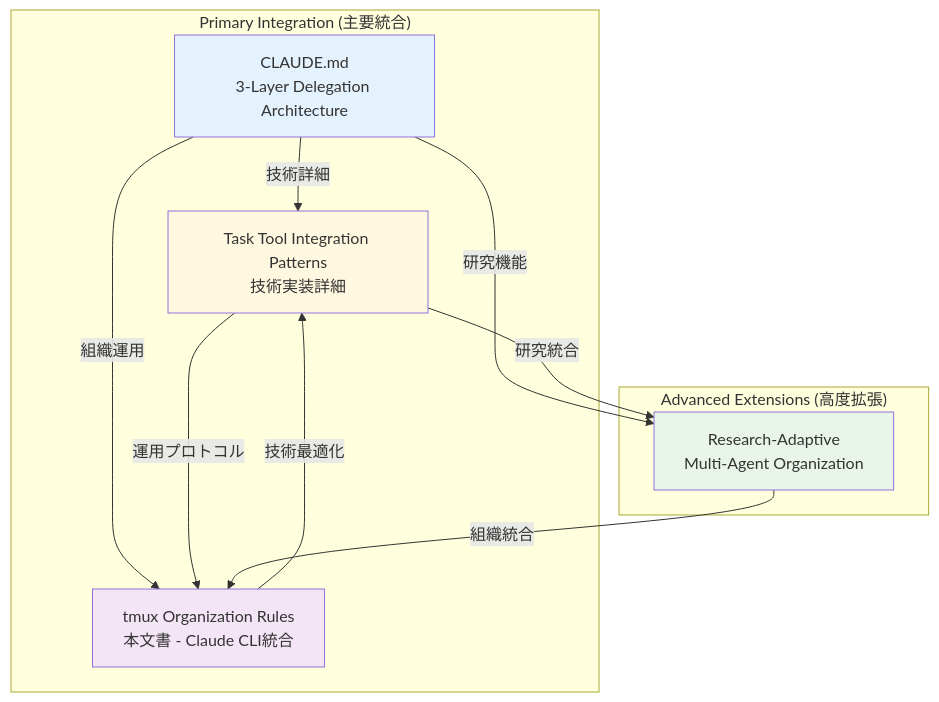
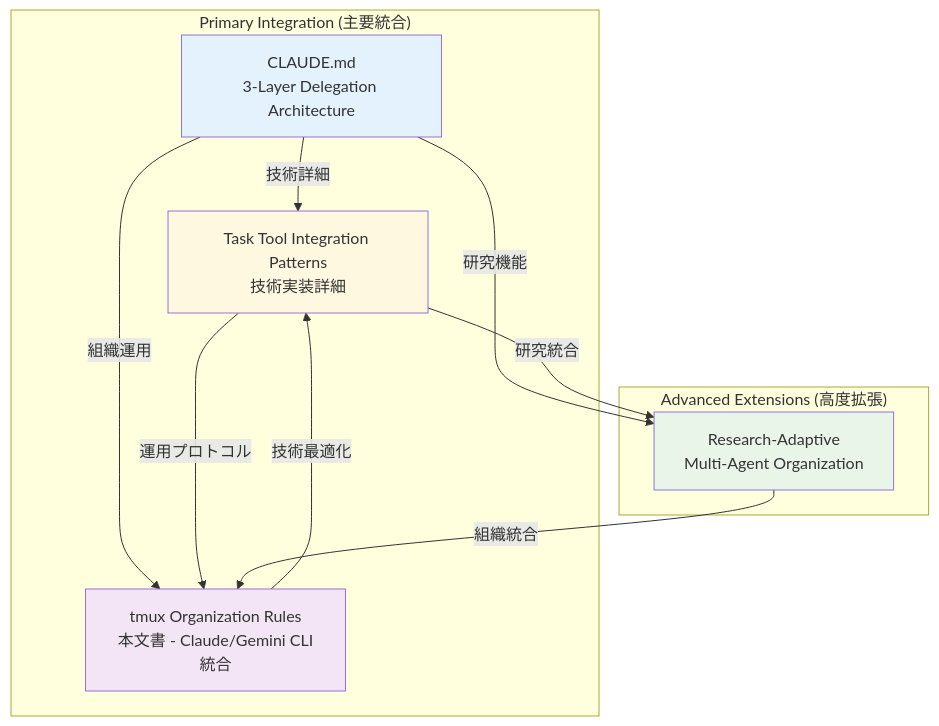
One commit to tkosht/cursor_dev changed the fourth of 4 diagrams in memory-bank/02-organization/tmux_claude_agent_organization.md. Above: the diagram before and after it, drawn with Mermaid. The commit also changed other lines of this file and 7 other files, not shown here.

````diff
--- a/memory-bank/02-organization/tmux_claude_agent_organization.md
+++ b/memory-bank/02-organization/tmux_claude_agent_organization.md
@@ -1531,25 +1531,25 @@
 ```mermaid
 graph TB
     subgraph "Primary Integration (主要統合)"
         A[CLAUDE.md<br/>3-Layer Delegation Architecture]
         B[Task Tool Integration Patterns<br/>技術実装詳細]
-        C[tmux Organization Rules<br/>本文書 - Claude CLI統合]
+        C[tmux Organization Rules<br/>本文書 - Claude/Gemini CLI統合]
     end
     
     subgraph "Advanced Extensions (高度拡張)"
         D[Research-Adaptive<br/>Multi-Agent Organization]
     end
     
     A -->|技術詳細| B
     A -->|組織運用| C
     A -->|研究機能| D
     B -->|運用プロトコル| C
     C -->|技術最適化| B
     B -->|研究統合| D
     D -->|組織統合| C
     
     style A fill:#e3f2fd
     style B fill:#fff8e1
     style C fill:#f3e5f5
     style D fill:#e8f5e8
 ```
````
